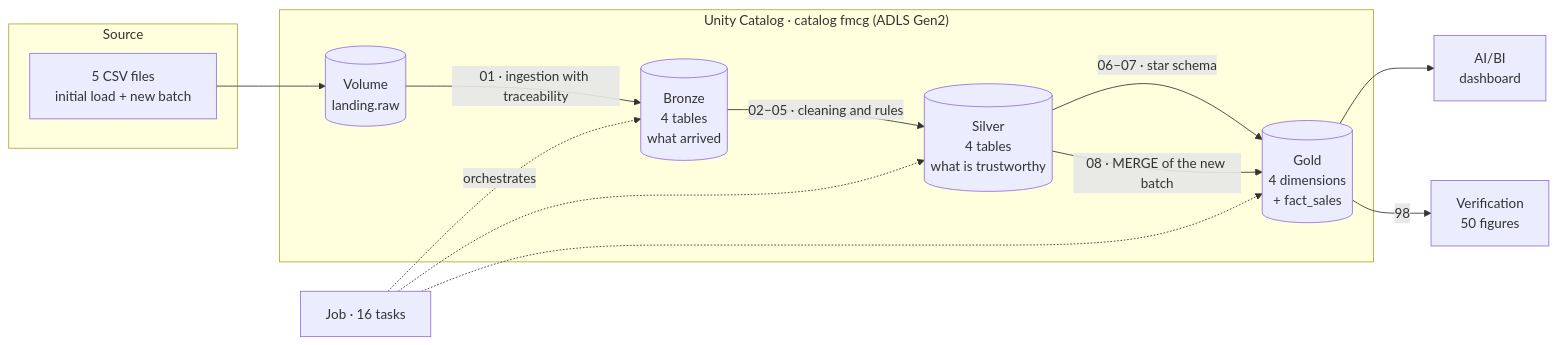
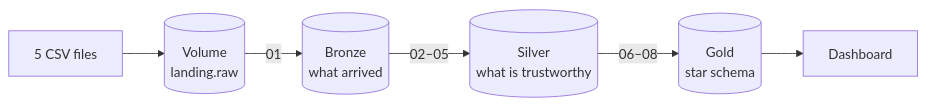
One commit to manuel-arguelles-ai/fmcg-medallion-lakehouse-azure changed the first of 2 diagrams in README.en.md. Above: the diagram before and after it, drawn with Mermaid. The commit also changed other lines of this file and 1 other file, not shown here.

Commit message:
Diagrama de arquitectura más legible

````diff
--- a/README.en.md
+++ b/README.en.md
@@ -42,24 +42,8 @@
 ```mermaid
 flowchart LR
-    subgraph Source
-        CSV["5 CSV files<br/>initial load + new batch"]
-    end
-    subgraph UC["Unity Catalog · catalog fmcg (ADLS Gen2)"]
-        V[("Volume<br/>landing.raw")]
-        B[("Bronze<br/>4 tables<br/>what arrived")]
-        S[("Silver<br/>4 tables<br/>what is trustworthy")]
-        G[("Gold<br/>4 dimensions<br/>+ fact_sales")]
-    end
-    D["AI/BI<br/>dashboard"]
-    Q["Verification<br/>50 figures"]
-    CSV --> V
-    V -->|"01 · ingestion with traceability"| B
-    B -->|"02–05 · cleaning and rules"| S
-    S -->|"06–07 · star schema"| G
-    S -->|"08 · MERGE of the new batch"| G
-    G --> D
-    G -->|"98"| Q
-    J["Job · 16 tasks"] -. orchestrates .-> B
-    J -.-> S
-    J -.-> G
+    CSV["5 CSV files"] --> V[("Volume<br/>landing.raw")]
+    V -- "01" --> B[("Bronze<br/>what arrived")]
+    B -- "02–05" --> S[("Silver<br/>what is trustworthy")]
+    S -- "06–08" --> G[("Gold<br/>star schema")]
+    G --> D["Dashboard"]
 ```
````
